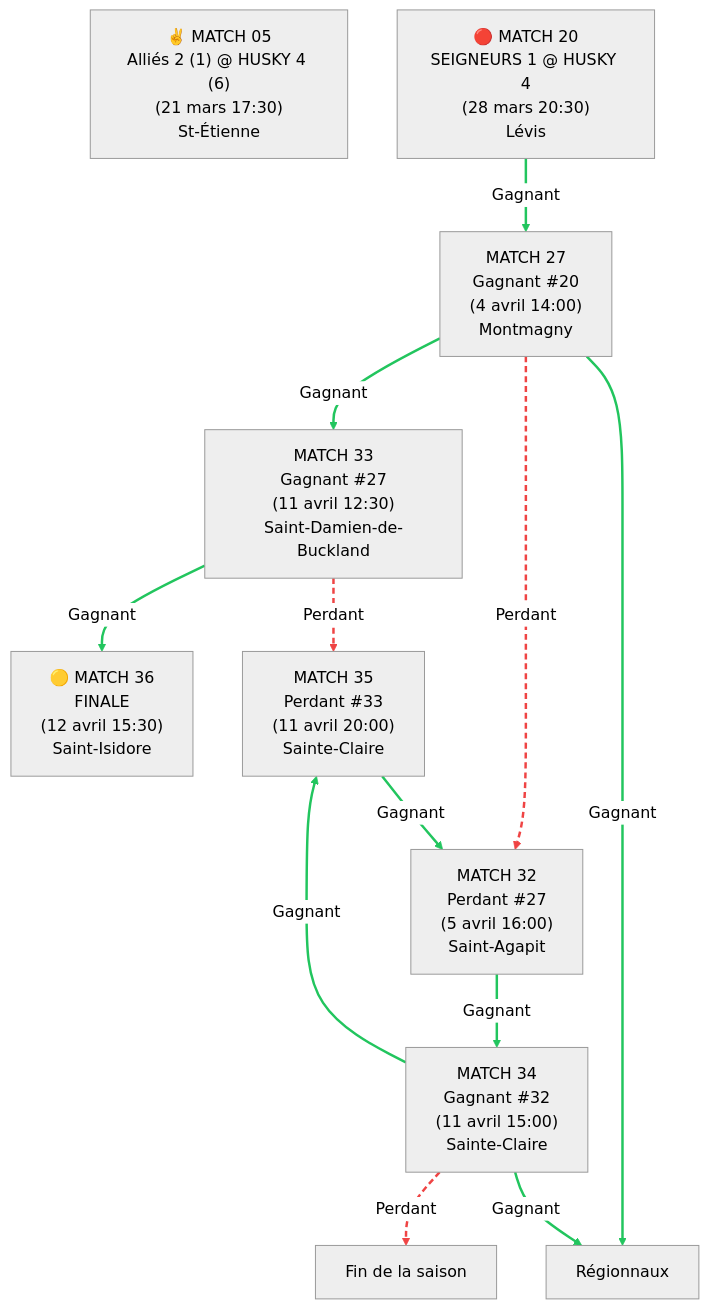
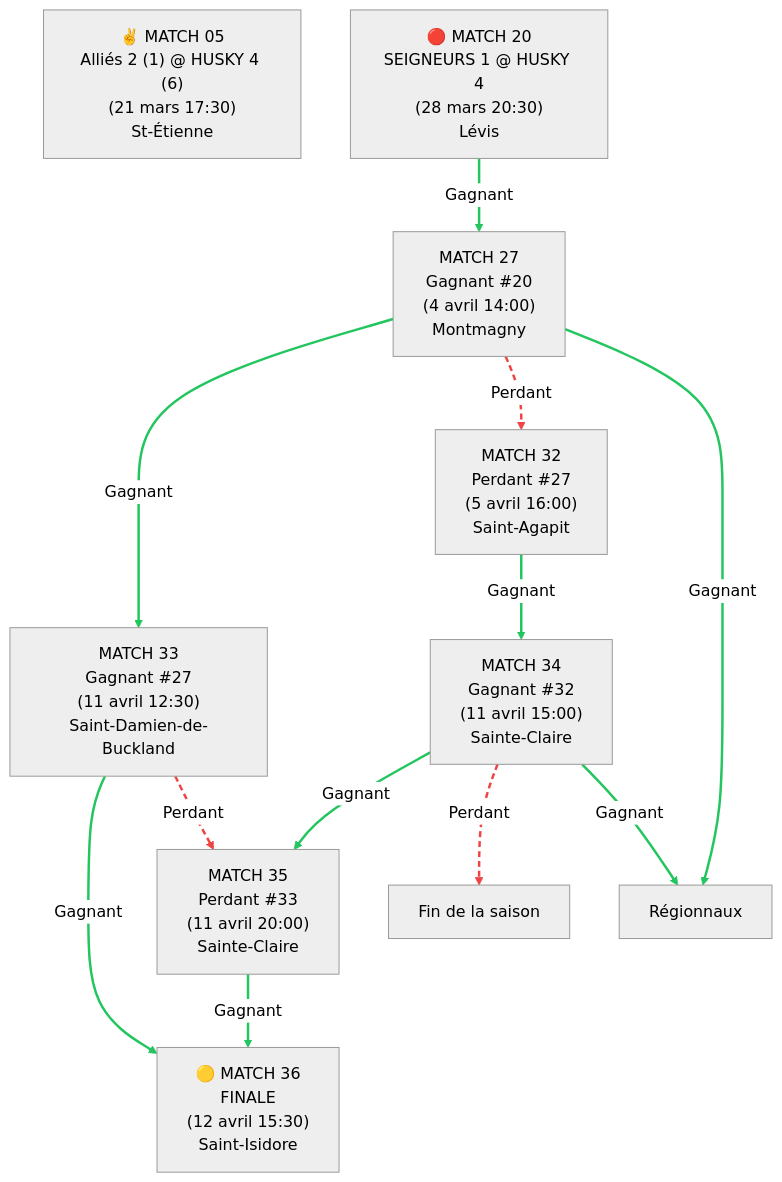
The first of 2 diagrams in README.md (voltogyre/horaire-serie-2026), drawn with Mermaid (neutral theme) before and after one commit.

````diff
--- a/README.md
+++ b/README.md
@@ -14,22 +14,22 @@
 ```mermaid
 graph TD
     M18B05["✌️ MATCH 05<br/>Alliés 2 (1) @ HUSKY 4 (6)<br/>(21 mars 17:30)<br/>St-Étienne"]
     M18B20["🔴 MATCH 20<br/>SEIGNEURS 1 @ HUSKY 4<br/>(28 mars 20:30)<br/>Lévis"] 
     
     M18B20 -->|Gagnant| M18B27["MATCH 27<br/>Gagnant #20<br/>(4 avril 14:00)<br/>Montmagny"]
     M18B27 -->|Gagnant| M18B33["MATCH 33<br/>Gagnant #27<br/>(11 avril 12:30)<br/>Saint-Damien-de-Buckland"]
     M18B27 -->|Perdant| M18B32["MATCH 32<br/>Perdant #27<br/>(5 avril 16:00)<br/>Saint-Agapit"]
     M18B33 -->|Gagnant| M18B36["🟡 MATCH 36<br/>FINALE<br/>(12 avril 15:30)<br/>Saint-Isidore"]
     M18B33 -->|Perdant| M18B35["MATCH 35<br/>Perdant #33<br/>(11 avril 20:00)<br/>Sainte-Claire"]
     M18B32 -->|Gagnant| M18B34["MATCH 34<br/>Gagnant #32<br/>(11 avril 15:00)<br/>Sainte-Claire"]
     M18B34 -->|Gagnant| M18B35
-    M18B35 -->|Gagnant| M18B32
+    M18B35 -->|Gagnant| M18B36
     M18B34 -->|Perdant| K["Fin de la saison"]
     M18B27 -->|Gagnant| W["Régionnaux"]
     M18B34 -->|Gagnant| W["Régionnaux"]
 
     linkStyle 0,1,3,5,6,7,9,10 stroke:#22c55e,stroke-width:2.5px
     linkStyle 2,4,8 stroke:#ef4444,stroke-width:2.5px,stroke-dasharray:6 4
     
 
 ```
````
